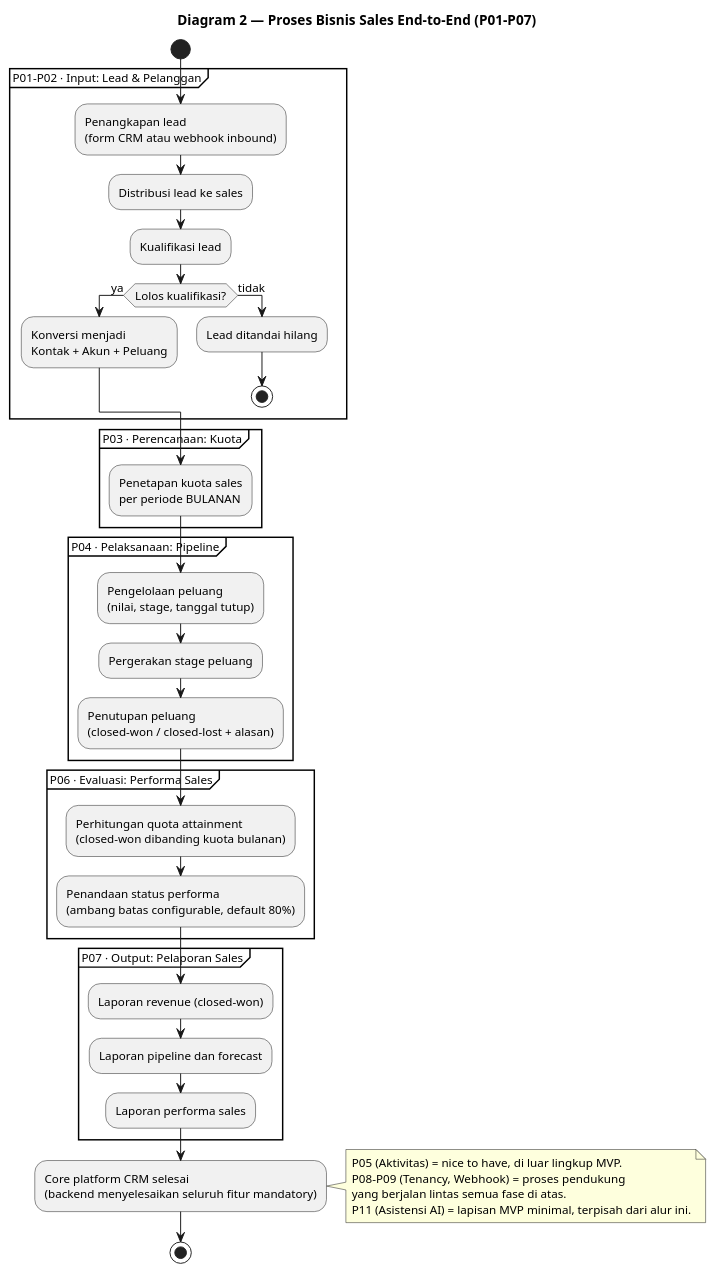
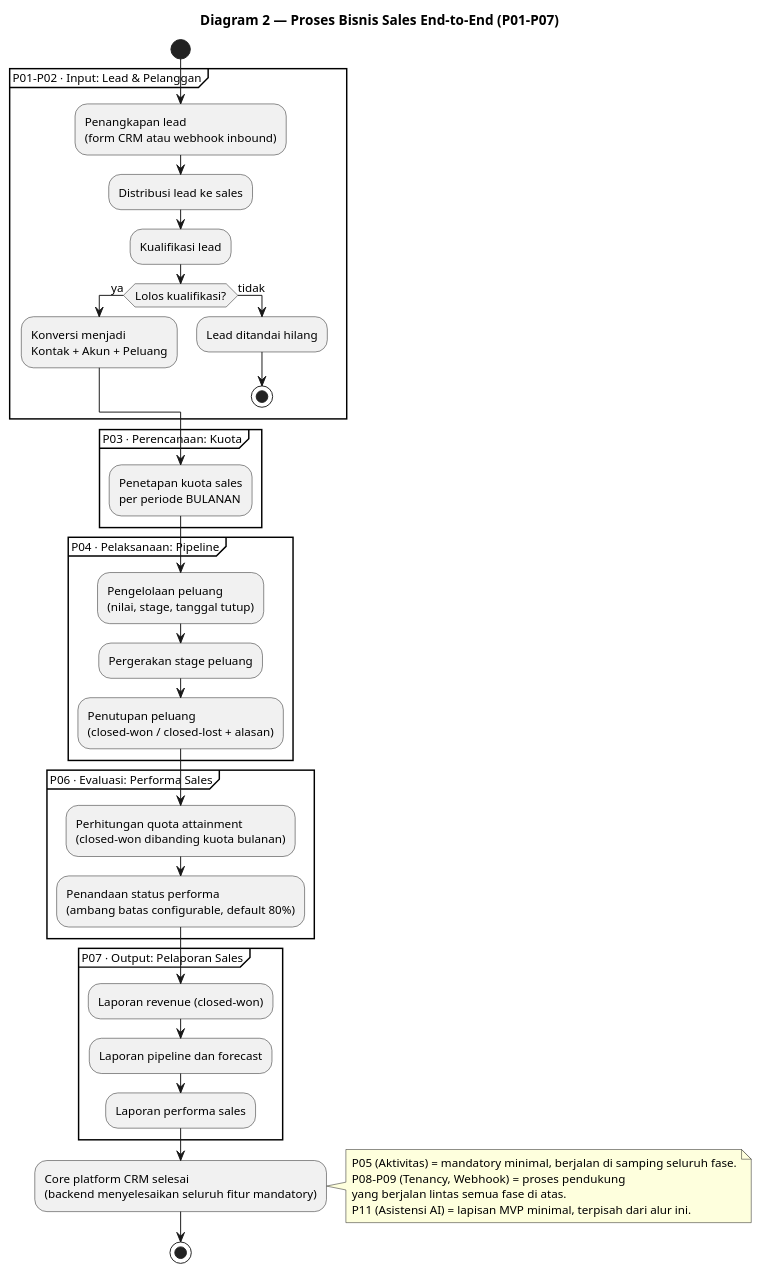
Before and after one commit to yudha-tlab/ai-os-knowledge: the diagram in knowledge/projects/bootcamp-crm/requirements/brd/diagrams/02-proses-bisnis.puml, drawn with PlantUML. The commit also changed 34 other files, not shown here.

First line of the commit message:
docs(bootcamp-crm): CR-20261013-001 — Activity mandatory minimal, konfigurasi tenant, penugasan lead; BRD v5.3 + spesifikasi v1.3

```diff
--- a/knowledge/projects/bootcamp-crm/requirements/brd/diagrams/02-proses-bisnis.puml
+++ b/knowledge/projects/bootcamp-crm/requirements/brd/diagrams/02-proses-bisnis.puml
@@ -1,52 +1,52 @@
 @startuml
 title Diagram 2 — Proses Bisnis Sales End-to-End (P01–P07)
 
 skinparam shadowing false
 skinparam defaultFontSize 12
 
 start
 partition "P01–P02 · Input: Lead & Pelanggan" {
   :Penangkapan lead
   (form CRM atau webhook inbound);
   :Distribusi lead ke sales;
   :Kualifikasi lead;
   if (Lolos kualifikasi?) then (ya)
     :Konversi menjadi
     Kontak + Akun + Peluang;
   else (tidak)
     :Lead ditandai hilang;
     stop
   endif
 }
 partition "P03 · Perencanaan: Kuota" {
   :Penetapan kuota sales
   per periode BULANAN;
 }
 partition "P04 · Pelaksanaan: Pipeline" {
   :Pengelolaan peluang
   (nilai, stage, tanggal tutup);
   :Pergerakan stage peluang;
   :Penutupan peluang
   (closed-won / closed-lost + alasan);
 }
 partition "P06 · Evaluasi: Performa Sales" {
   :Perhitungan quota attainment
   (closed-won dibanding kuota bulanan);
   :Penandaan status performa
   (ambang batas configurable, default 80%);
 }
 partition "P07 · Output: Pelaporan Sales" {
   :Laporan revenue (closed-won);
   :Laporan pipeline dan forecast;
   :Laporan performa sales;
 }
 :Core platform CRM selesai
 (backend menyelesaikan seluruh fitur mandatory);
 note right
-  P05 (Aktivitas) = nice to have, di luar lingkup MVP.
+  P05 (Aktivitas) = mandatory minimal, berjalan di samping seluruh fase.
   P08–P09 (Tenancy, Webhook) = proses pendukung
   yang berjalan lintas semua fase di atas.
   P11 (Asistensi AI) = lapisan MVP minimal, terpisah dari alur ini.
 end note
 stop
 @enduml
```
